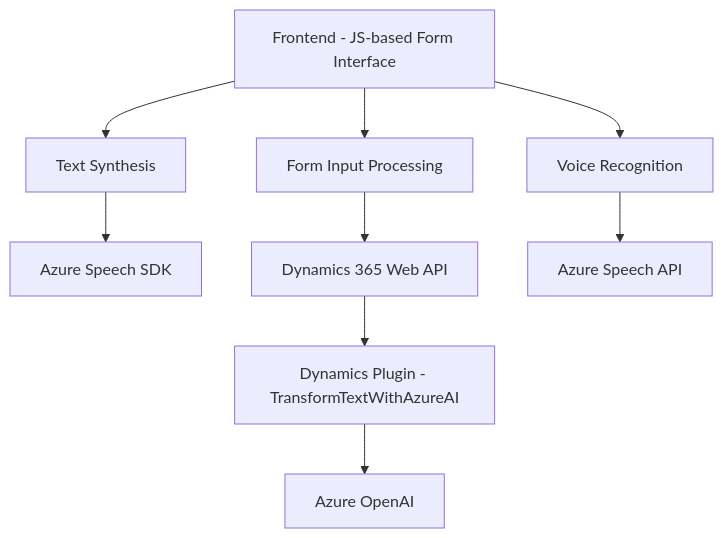
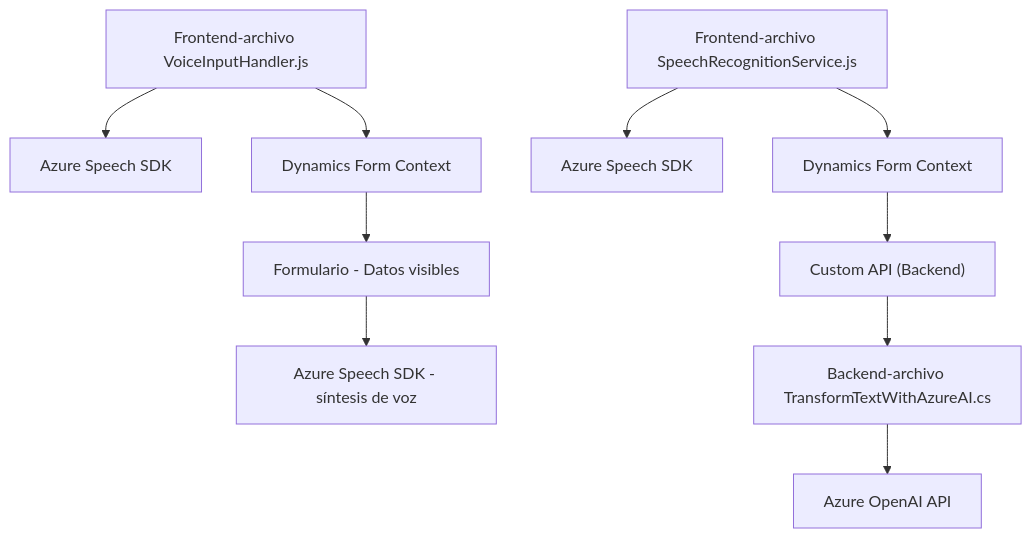
Before and after one commit to blopezdm/NETCORE_BILBAO2025: the diagram in README.md, drawn with Mermaid. The commit also changed other lines of this file, not shown here.

````diff
--- a/README.md
+++ b/README.md
@@ -26,21 +29,14 @@
 ```mermaid
 graph TD
-    A["Frontend - JS-based Form Interface"]
-    B["Azure Speech SDK"]
-    C["Dynamics 365 Web API"]
-    D["Voice Recognition"]
-    E["Form Input Processing"]
-    F["Text Synthesis"]
-    G["Azure OpenAI"]
-    H["Dynamics Plugin - TransformTextWithAzureAI"]
-    I["Azure Speech API"]
+    A["Frontend-archivo VoiceInputHandler.js"] --> B["Azure Speech SDK"]
+    A --> C["Dynamics Form Context"]
+    C --> D["Formulario - Datos visibles"]
+    D --> E["Azure Speech SDK - síntesis de voz"]
     
-    A --> D
-    A --> F
-    A --> E
-    D --> I
-    F --> B
-    E --> C
-    C --> H
-    H --> G
+    F["Frontend-archivo SpeechRecognitionService.js"] --> G["Azure Speech SDK"]
+    F --> H["Dynamics Form Context"]
+    H --> I["Custom API (Backend)"]
+    
+    I --> J["Backend-archivo TransformTextWithAzureAI.cs"]
+    J --> K["Azure OpenAI API"]
 ```
````
